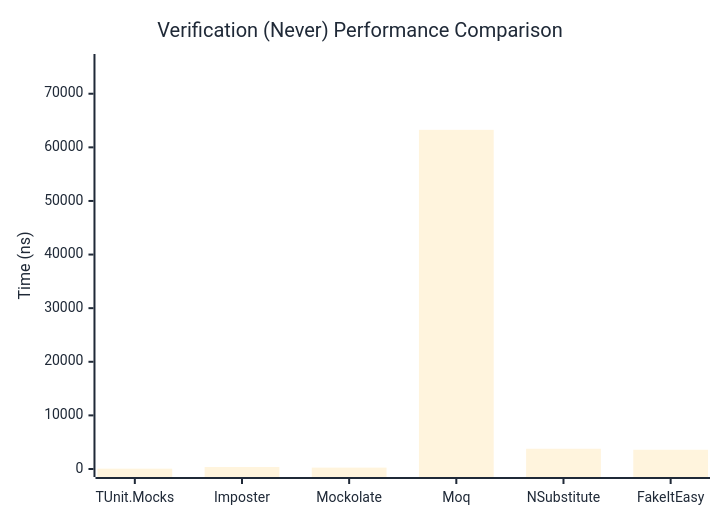
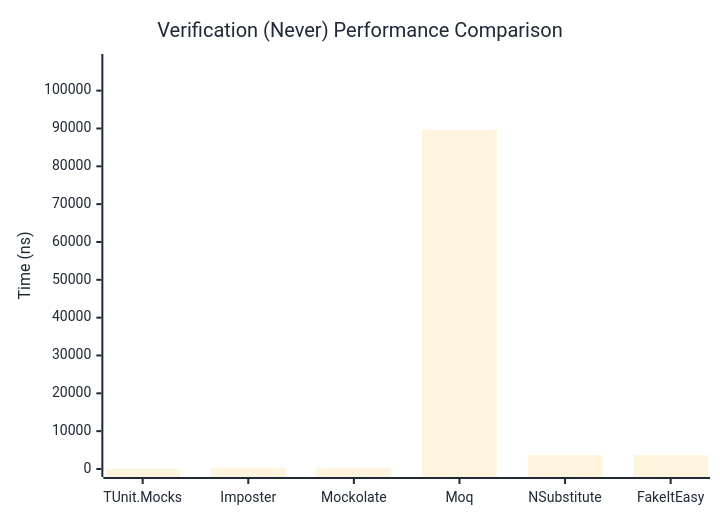
The second of 3 diagrams in docs/docs/benchmarks/mocks/Verification.md (thomhurst/TUnit), drawn with Mermaid before and after one commit. The commit also changed other lines of this file and 14 other files, not shown here.

````diff
--- a/docs/docs/benchmarks/mocks/Verification.md
+++ b/docs/docs/benchmarks/mocks/Verification.md
@@ -71,27 +71,27 @@
 ```mermaid
 %%{init: {
   'theme':'base',
   'themeVariables': {
     'primaryColor': '#2563eb',
     'primaryTextColor': '#1f2937',
     'primaryBorderColor': '#1e40af',
     'lineColor': '#6b7280',
     'secondaryColor': '#7c3aed',
     'tertiaryColor': '#dc2626',
     'background': '#ffffff',
     'pie1': '#2563eb',
     'pie2': '#7c3aed',
     'pie3': '#dc2626',
     'pie4': '#f59e0b',
     'pie5': '#10b981',
     'pie6': '#06b6d4',
     'pie7': '#ec4899',
     'pie8': '#6366f1'
   }
 }}%%
 xychart-beta
   title "Verification (Never) Performance Comparison"
   x-axis ["TUnit.Mocks", "Imposter", "Mockolate", "Moq", "NSubstitute", "FakeItEasy"]
-  y-axis "Time (ns)" 0 --> 75919
-  bar [58.96, 370.86, 258.84, 63265.56, 3777.63, 3588.05]
+  y-axis "Time (ns)" 0 --> 107571
+  bar [54.84, 338.58, 250.82, 89641.96, 3645.11, 3651.58]
 ```
````
